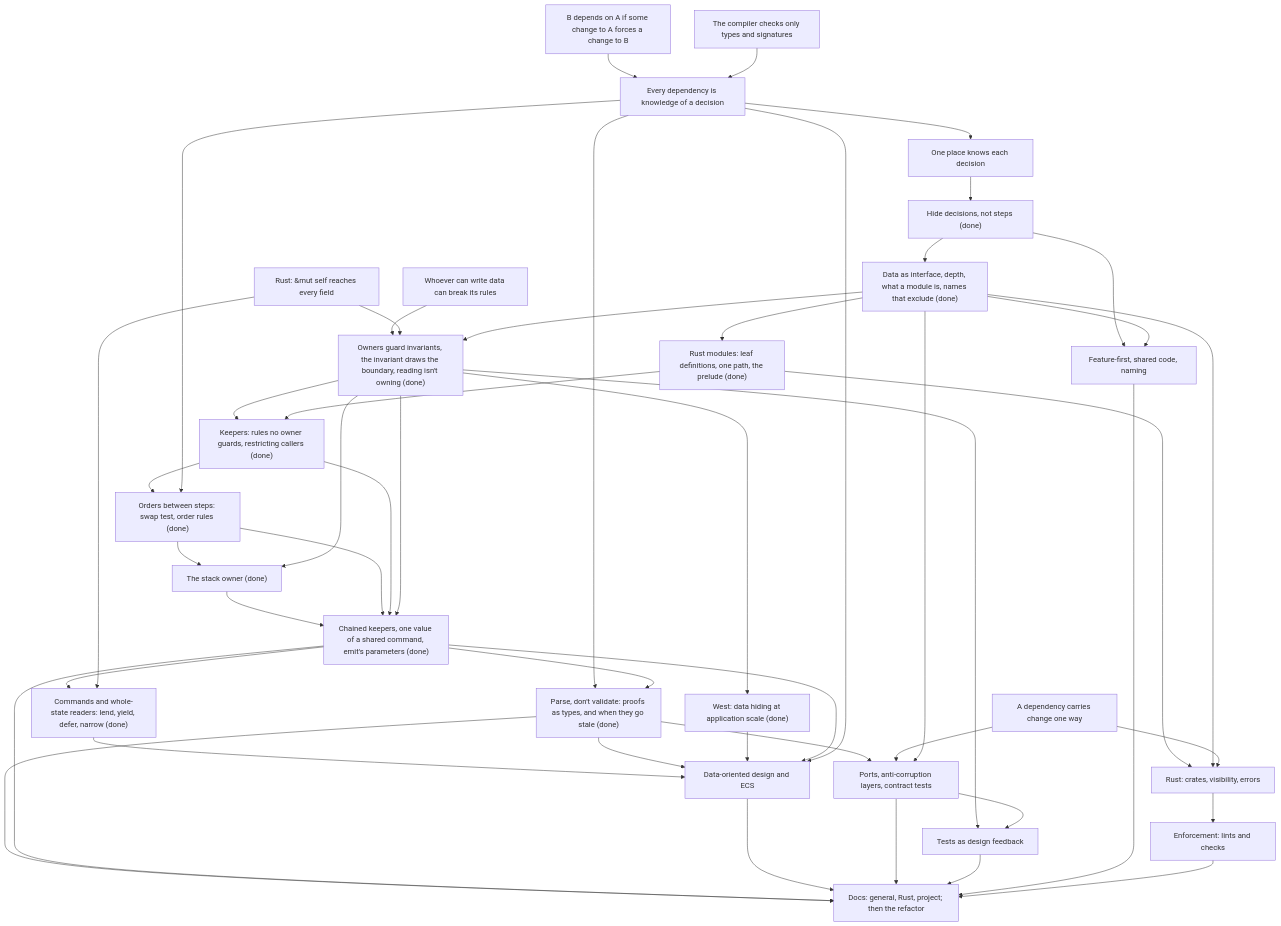
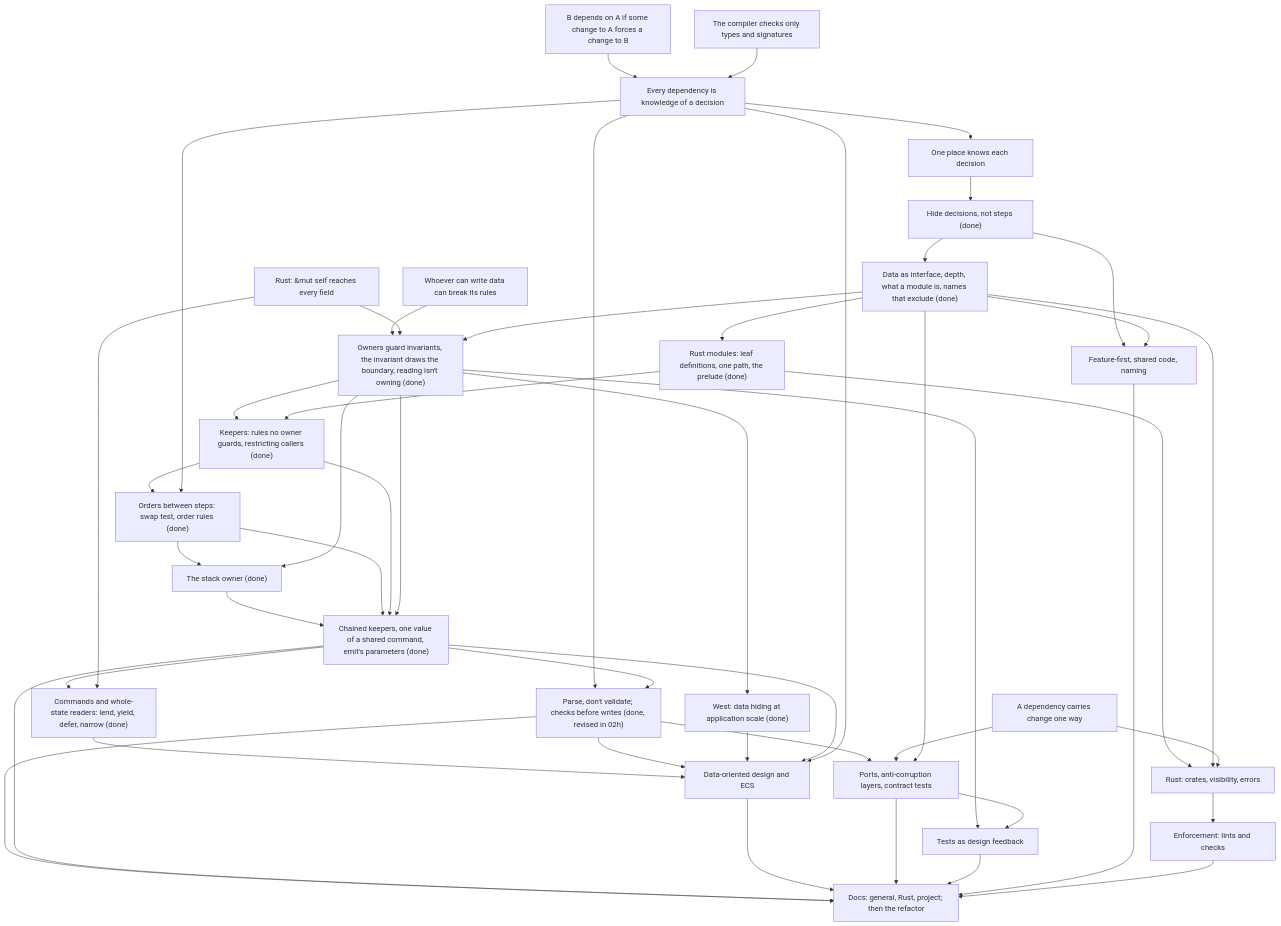
One commit to EMachad0/CardGameEngine changed the diagram in docs/course/architecture/COURSE.md. Above: the diagram before and after it, drawn with Mermaid. The commit also changed other lines of this file and 9 other files, not shown here.

First line of the commit message:
Architecture session 02h: parse, don't validate rewritten, checks before writes, ticket 11 (#60)

````diff
--- a/docs/course/architecture/COURSE.md
+++ b/docs/course/architecture/COURSE.md
@@ -724,77 +730,77 @@
 ```mermaid
 graph TD
   U1["B depends on A if some change to A forces a change to B"]
   U2["The compiler checks only types and signatures"]
   R1["Every dependency is knowledge of a decision"]
   OP["One place knows each decision"]
   R2["Whoever can write data can break its rules"]
   R3["A dependency carries change one way"]
   R4["Rust: &mut self reaches every field"]
 
   H["Hide decisions, not steps (done)"]
   D["Data as interface, depth, what a module is, names that exclude (done)"]
   O["Owners guard invariants, the invariant draws the boundary, reading isn't owning (done)"]
   W["West: data hiding at application scale (done)"]
   K["Keepers: rules no owner guards, restricting callers (done)"]
   ORD["Orders between steps: swap test, order rules (done)"]
   STK["The stack owner (done)"]
   C["Chained keepers, one value of a shared command, emit's parameters (done)"]
-  PDV["Parse, don't validate: proofs as types, and when they go stale (done)"]
+  PDV["Parse, don't validate; checks before writes (done, revised in 02h)"]
   CMD["Commands and whole-state readers: lend, yield, defer, narrow (done)"]
   DOD["Data-oriented design and ECS"]
   P["Ports, anti-corruption layers, contract tests"]
   T["Tests as design feedback"]
   F["Feature-first, shared code, naming"]
   RM["Rust modules: leaf definitions, one path, the prelude (done)"]
   RS["Rust: crates, visibility, errors"]
   E["Enforcement: lints and checks"]
   DOCS["Docs: general, Rust, project; then the refactor"]
 
   U1-->R1
   U2-->R1
   R1-->OP
   OP-->H
   H-->D
   R2-->O
   R4-->O
   D-->O
   O-->W
   O-->K
   RM-->K
   K-->ORD
   R1-->ORD
   ORD-->STK
   O-->STK
   STK-->C
   ORD-->C
   K-->C
   O-->C
   R1-->PDV
   C-->PDV
   C-->CMD
   R4-->CMD
   CMD-->DOD
   PDV-->DOD
   PDV-->P
   PDV-->DOCS
   W-->DOD
   C-->DOD
   R1-->DOD
   R3-->P
   D-->P
   O-->T
   P-->T
   H-->F
   D-->F
   D-->RM
   RM-->RS
   D-->RS
   R3-->RS
   RS-->E
   C-->DOCS
   DOD-->DOCS
   P-->DOCS
   T-->DOCS
   F-->DOCS
   E-->DOCS
 ```
````
